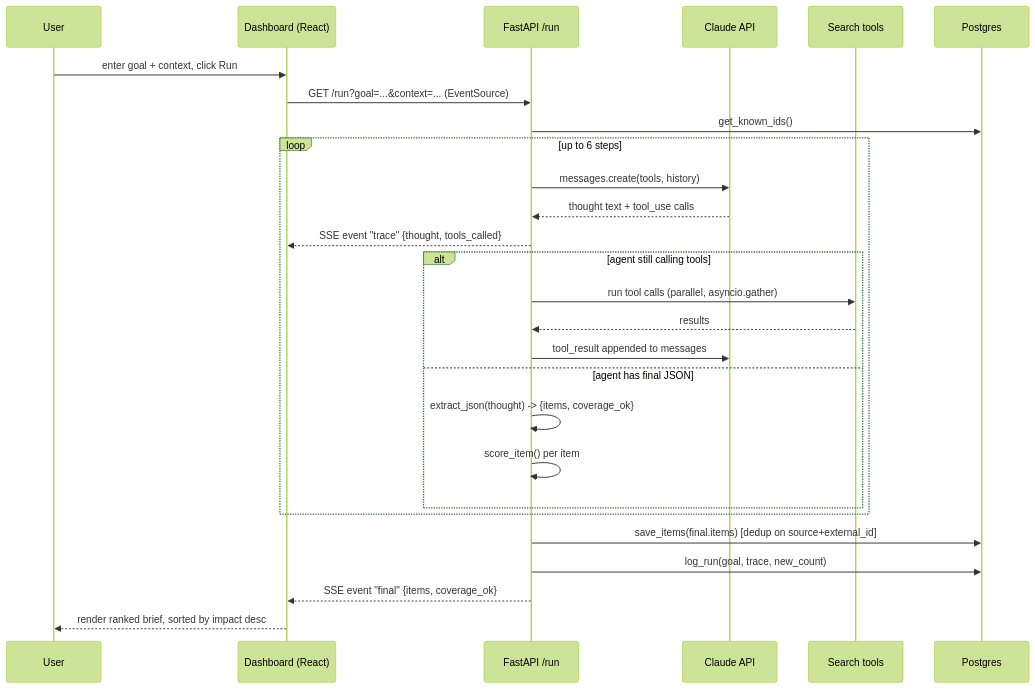
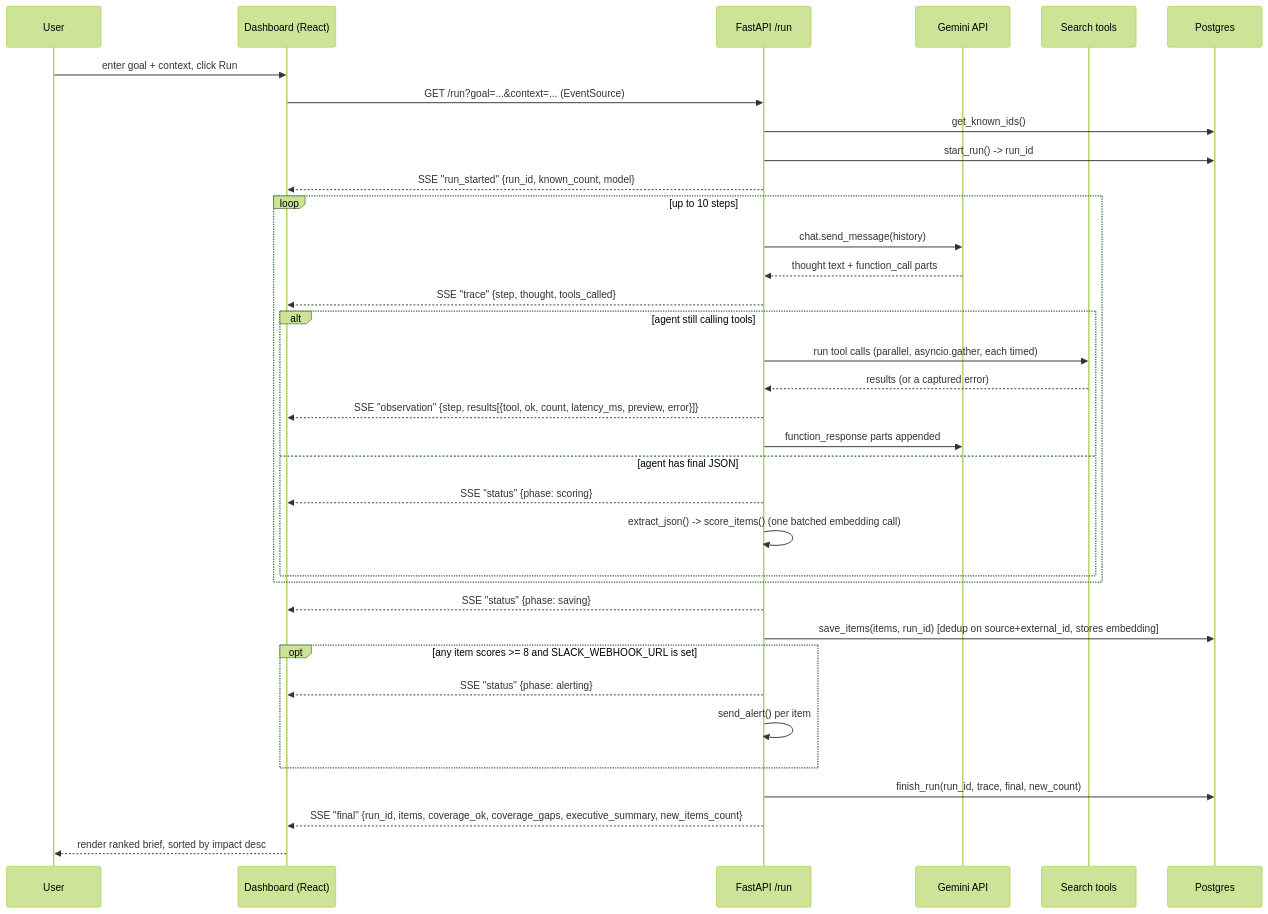
The second of 6 diagrams in docs/ARCHITECTURE.md (ByteNinjaSmit/Agentx), drawn with Mermaid (forest theme) before and after one commit. The commit also changed other lines of this file and 18 other files, not shown here.

````diff
--- a/docs/ARCHITECTURE.md
+++ b/docs/ARCHITECTURE.md
@@ -67,30 +79,38 @@
 ```mermaid
 sequenceDiagram
     participant U as User
     participant D as Dashboard (React)
     participant B as FastAPI /run
-    participant C as Claude API
+    participant G as Gemini API
     participant T as Search tools
     participant P as Postgres
 
     U->>D: enter goal + context, click Run
     D->>B: GET /run?goal=...&context=... (EventSource)
     B->>P: get_known_ids()
-    loop up to 6 steps
-        B->>C: messages.create(tools, history)
-        C-->>B: thought text + tool_use calls
-        B-->>D: SSE event "trace" {thought, tools_called}
+    B->>P: start_run() -> run_id
+    B-->>D: SSE "run_started" {run_id, known_count, model}
+    loop up to 10 steps
+        B->>G: chat.send_message(history)
+        G-->>B: thought text + function_call parts
+        B-->>D: SSE "trace" {step, thought, tools_called}
         alt agent still calling tools
-            B->>T: run tool calls (parallel, asyncio.gather)
-            T-->>B: results
-            B->>C: tool_result appended to messages
+            B->>T: run tool calls (parallel, asyncio.gather, each timed)
+            T-->>B: results (or a captured error)
+            B-->>D: SSE "observation" {step, results[{tool, ok, count, latency_ms, preview, error}]}
+            B->>G: function_response parts appended
         else agent has final JSON
-            B->>B: extract_json(thought) -> {items, coverage_ok}
-            B->>B: score_item() per item
+            B-->>D: SSE "status" {phase: scoring}
+            B->>B: extract_json() -> score_items() (one batched embedding call)
         end
     end
-    B->>P: save_items(final.items) [dedup on source+external_id]
-    B->>P: log_run(goal, trace, new_count)
-    B-->>D: SSE event "final" {items, coverage_ok}
+    B-->>D: SSE "status" {phase: saving}
+    B->>P: save_items(items, run_id) [dedup on source+external_id, stores embedding]
+    opt any item scores >= 8 and SLACK_WEBHOOK_URL is set
+        B-->>D: SSE "status" {phase: alerting}
+        B->>B: send_alert() per item
+    end
+    B->>P: finish_run(run_id, trace, final, new_count)
+    B-->>D: SSE "final" {run_id, items, coverage_ok, coverage_gaps, executive_summary, new_items_count}
     D-->>U: render ranked brief, sorted by impact desc
 ```
````
